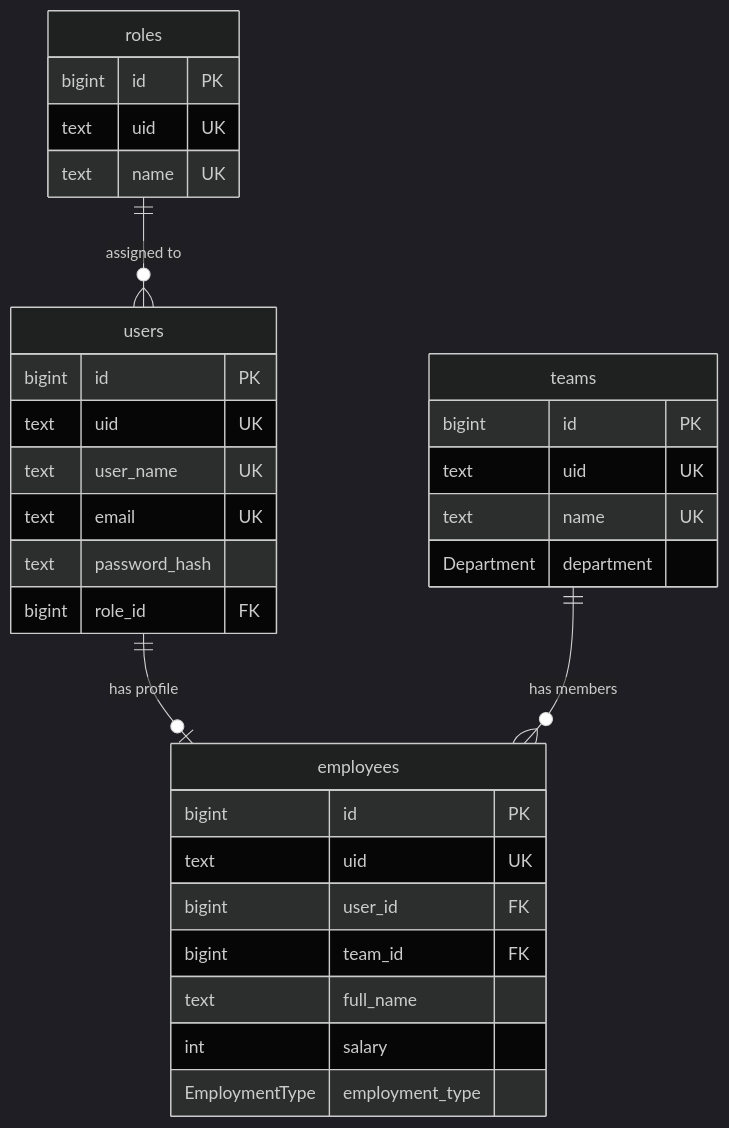
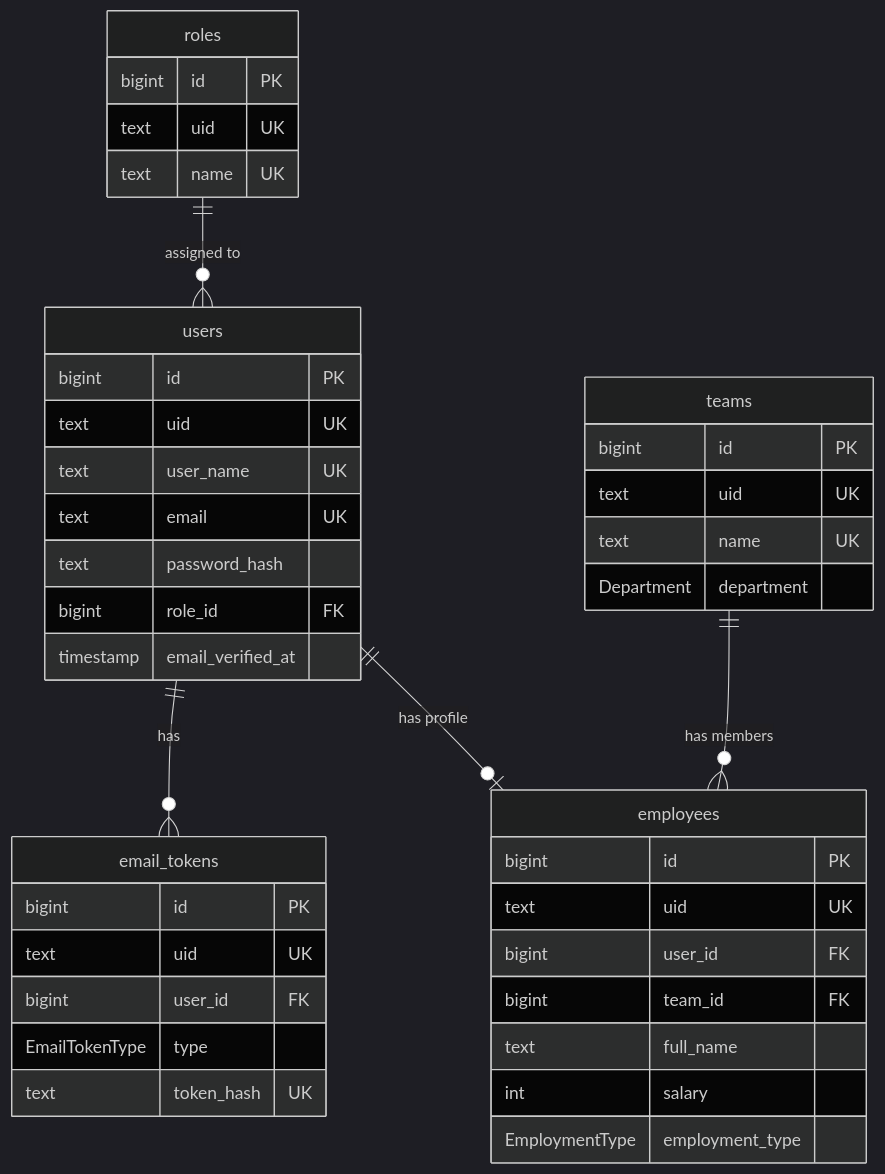
The diagram in docs/schema.md (Apu-Emdad/nestjs-starter-pack), drawn with Mermaid (dark theme) before and after one commit. The commit also changed other lines of this file and 37 other files, not shown here.

````diff
--- a/docs/schema.md
+++ b/docs/schema.md
@@ -15,35 +15,44 @@
 ```mermaid
 erDiagram
     roles ||--o{ users : "assigned to"
+    users ||--o{ email_tokens : "has"
     users ||--o| employees : "has profile"
     teams ||--o{ employees : "has members"
 
     roles {
         bigint id PK
         text uid UK
         text name UK
     }
     users {
         bigint id PK
         text uid UK
         text user_name UK
         text email UK
         text password_hash
         bigint role_id FK
+        timestamp email_verified_at
+    }
+    email_tokens {
+        bigint id PK
+        text uid UK
+        bigint user_id FK
+        EmailTokenType type
+        text token_hash UK
     }
     teams {
         bigint id PK
         text uid UK
         text name UK
         Department department
     }
     employees {
         bigint id PK
         text uid UK
         bigint user_id FK
         bigint team_id FK
         text full_name
         int salary
         EmploymentType employment_type
     }
 ```
````
